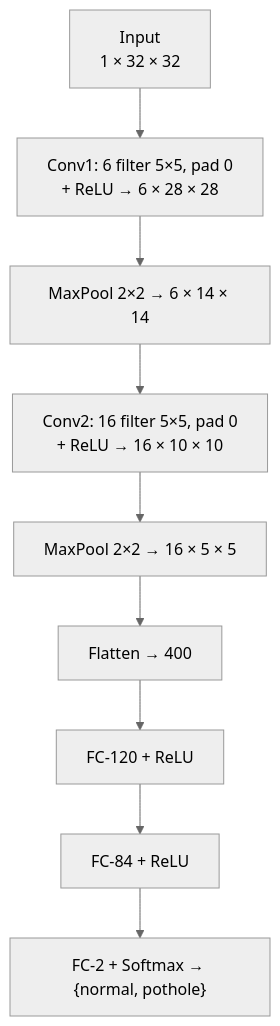
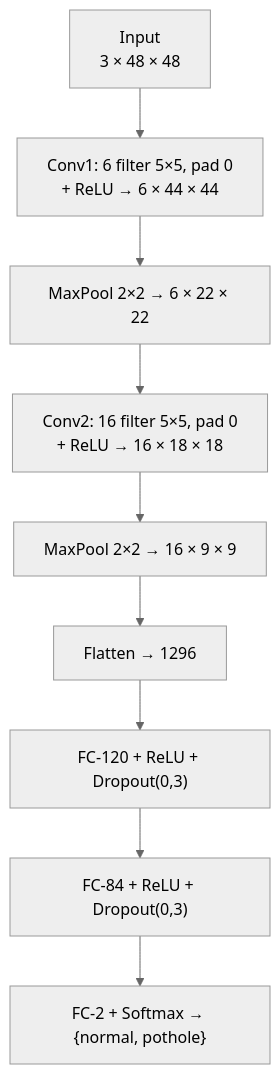
The third of 4 diagrams in makalah/makalah-deteksi-jalan-berlubang-cnn.md (arisros/pothole-detection), drawn with Mermaid (neutral theme) before and after one commit. The commit also changed other lines of this file and 9 other files, not shown here.

````diff
--- a/makalah/makalah-deteksi-jalan-berlubang-cnn.md
+++ b/makalah/makalah-deteksi-jalan-berlubang-cnn.md
@@ -471,13 +480,13 @@
 ```mermaid
 flowchart TB
-    A["Input<br/>1 × 32 × 32"]
-    B["Conv1: 6 filter 5×5, pad 0<br/>+ ReLU → 6 × 28 × 28"]
-    C["MaxPool 2×2 → 6 × 14 × 14"]
-    D["Conv2: 16 filter 5×5, pad 0<br/>+ ReLU → 16 × 10 × 10"]
-    E["MaxPool 2×2 → 16 × 5 × 5"]
-    F["Flatten → 400"]
-    G["FC-120 + ReLU"]
-    H["FC-84 + ReLU"]
+    A["Input<br/>3 × 48 × 48"]
+    B["Conv1: 6 filter 5×5, pad 0<br/>+ ReLU → 6 × 44 × 44"]
+    C["MaxPool 2×2 → 6 × 22 × 22"]
+    D["Conv2: 16 filter 5×5, pad 0<br/>+ ReLU → 16 × 18 × 18"]
+    E["MaxPool 2×2 → 16 × 9 × 9"]
+    F["Flatten → 1296"]
+    G["FC-120 + ReLU + Dropout(0,3)"]
+    H["FC-84 + ReLU + Dropout(0,3)"]
     I["FC-2 + Softmax → {normal, pothole}"]
     A --> B --> C --> D --> E --> F --> G --> H --> I
 ```
````
